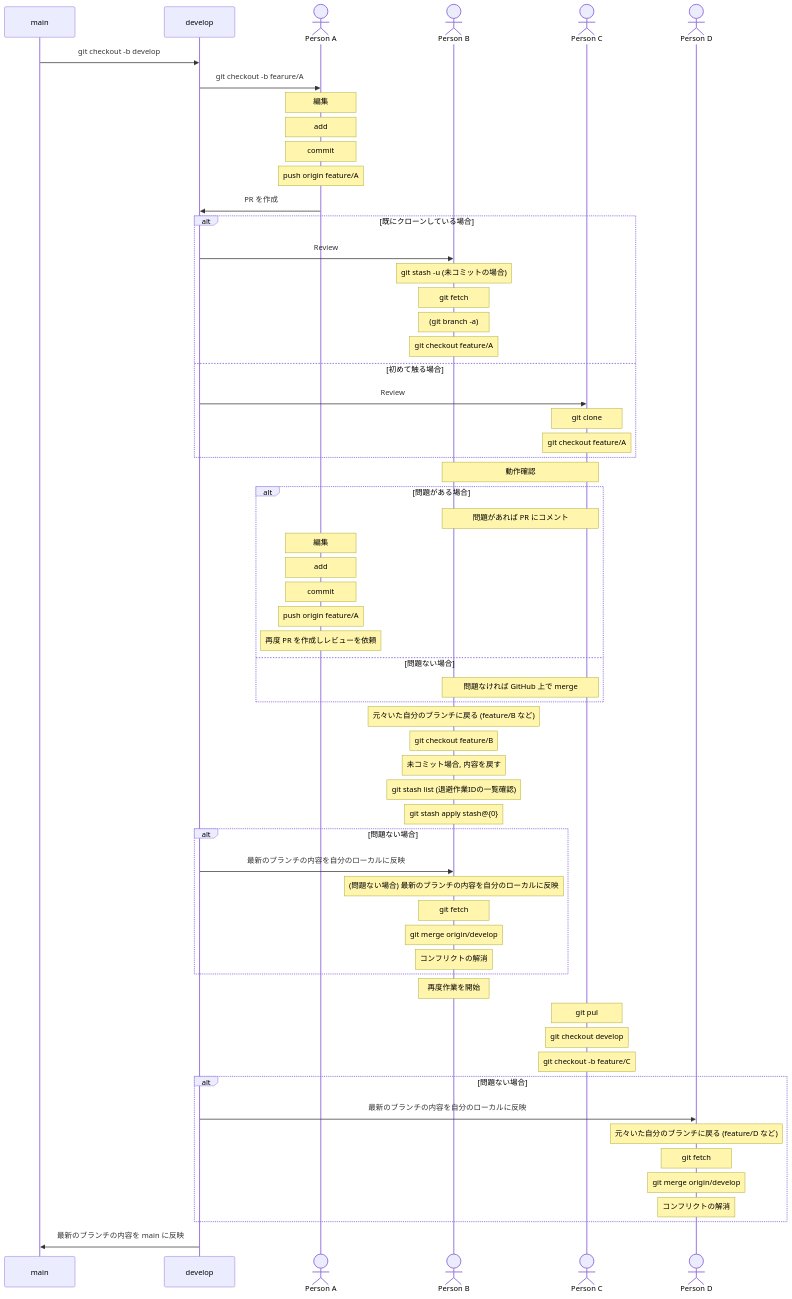
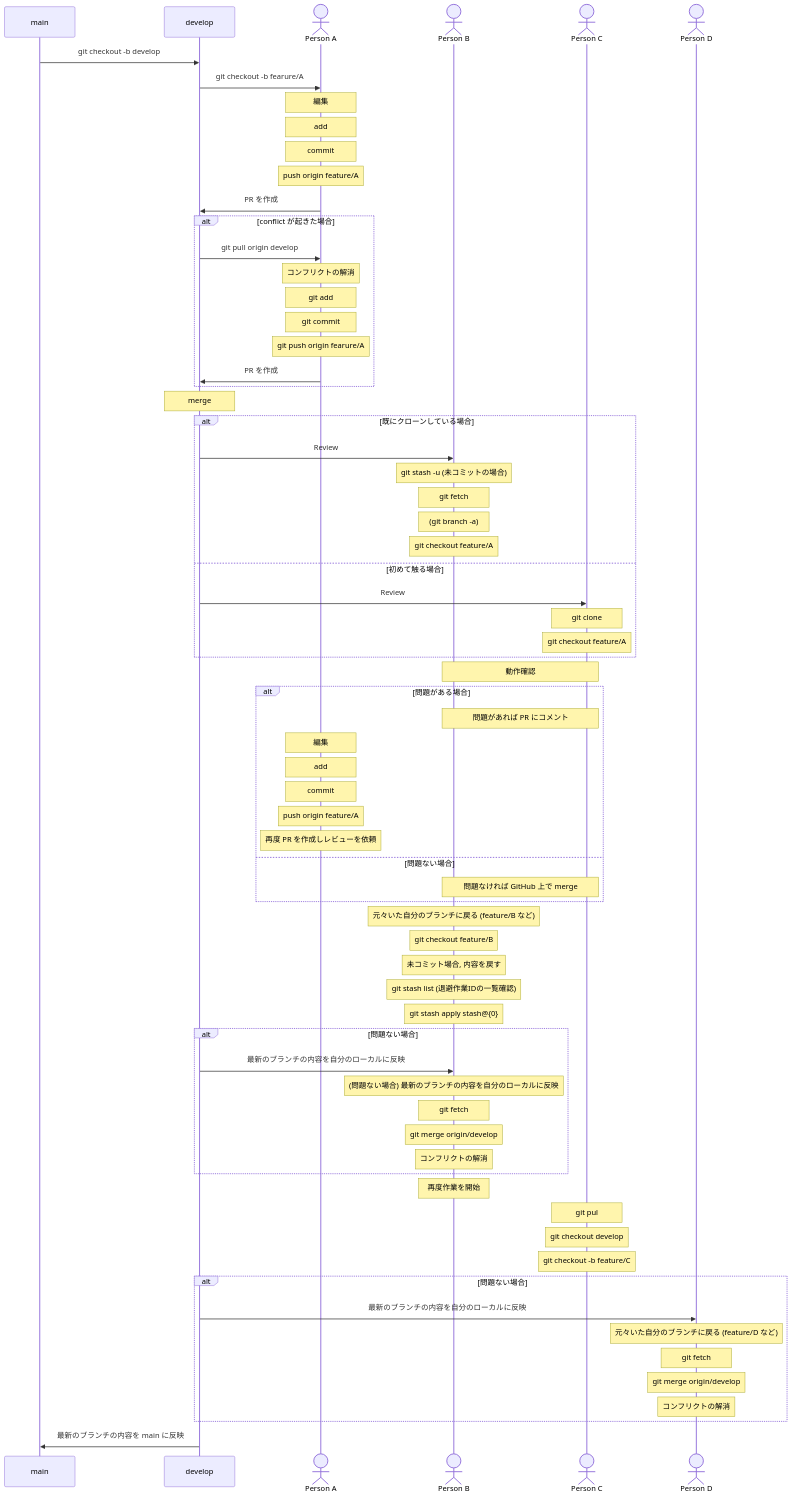
Before and after one commit to nao-ao/TIL: the diagram in team-dev/mermaid/mermaid.md, drawn with Mermaid.

Commit message:
chore: Update mermaid.md with conflict resolution steps and improve team development flow

```diff
--- a/team-dev/mermaid/mermaid.md
+++ b/team-dev/mermaid/mermaid.md
@@ -16,6 +16,16 @@
     Note over Person A : push origin feature/A
     Person A ->> develop : PR を作成
 
+    alt conflict が起きた場合
+    develop ->> Person A : git pull origin develop
+    Note over Person A : コンフリクトの解消
+    Note over Person A : git add
+    Note over Person A : git commit
+    Note over Person A : git push origin fearure/A
+    Person A ->> develop : PR を作成
+    end
+
+    Note over develop : merge
 
     alt 既にクローンしている場合
     develop ->> Person B : Review
```
